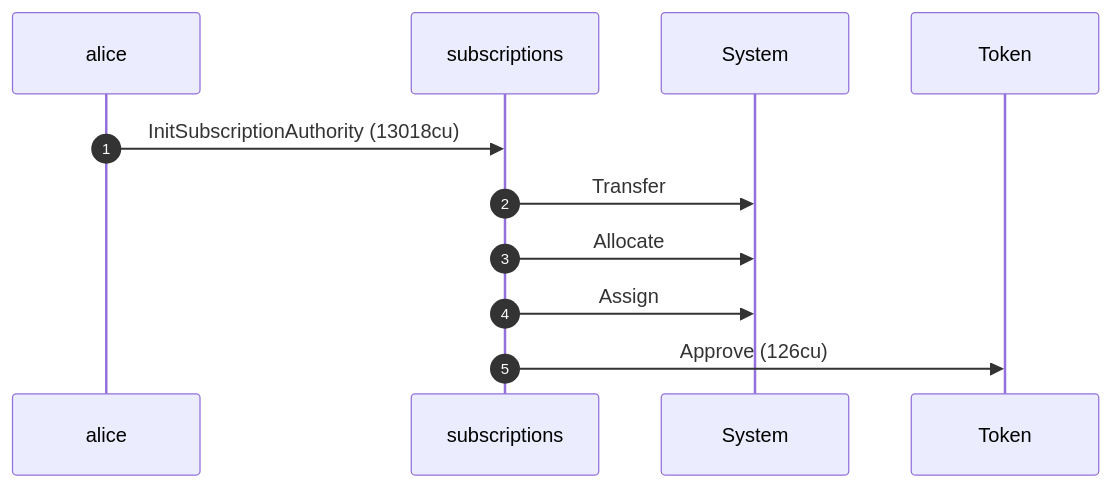
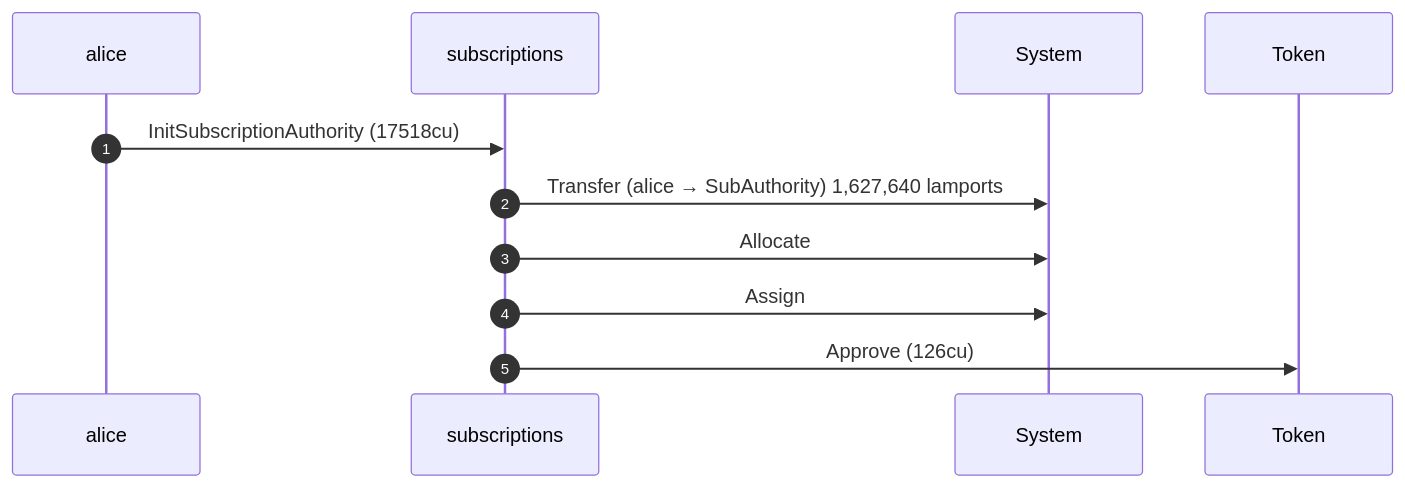
One commit to cds-rs/subscriptions changed the first of 4 diagrams in dsl_tests/survive-a-pre-funded-pda.md. Above: the diagram before and after it, drawn with Mermaid. The commit also changed other lines of this file and 224 other files, not shown here.

````diff
--- a/dsl_tests/survive-a-pre-funded-pda.md
+++ b/dsl_tests/survive-a-pre-funded-pda.md
@@ -26,13 +27,13 @@
 ```mermaid
 sequenceDiagram
     autonumber
     participant alice
     participant subscriptions
     participant System
     participant Token
-    alice ->> subscriptions: InitSubscriptionAuthority (13018cu)
-    subscriptions ->> System: Transfer
+    alice ->> subscriptions: InitSubscriptionAuthority (17518cu)
+    subscriptions ->> System: Transfer (alice → SubAuthority) 1,627,640 lamports
     subscriptions ->> System: Allocate
     subscriptions ->> System: Assign
     subscriptions ->> Token: Approve (126cu)
 ```
````
